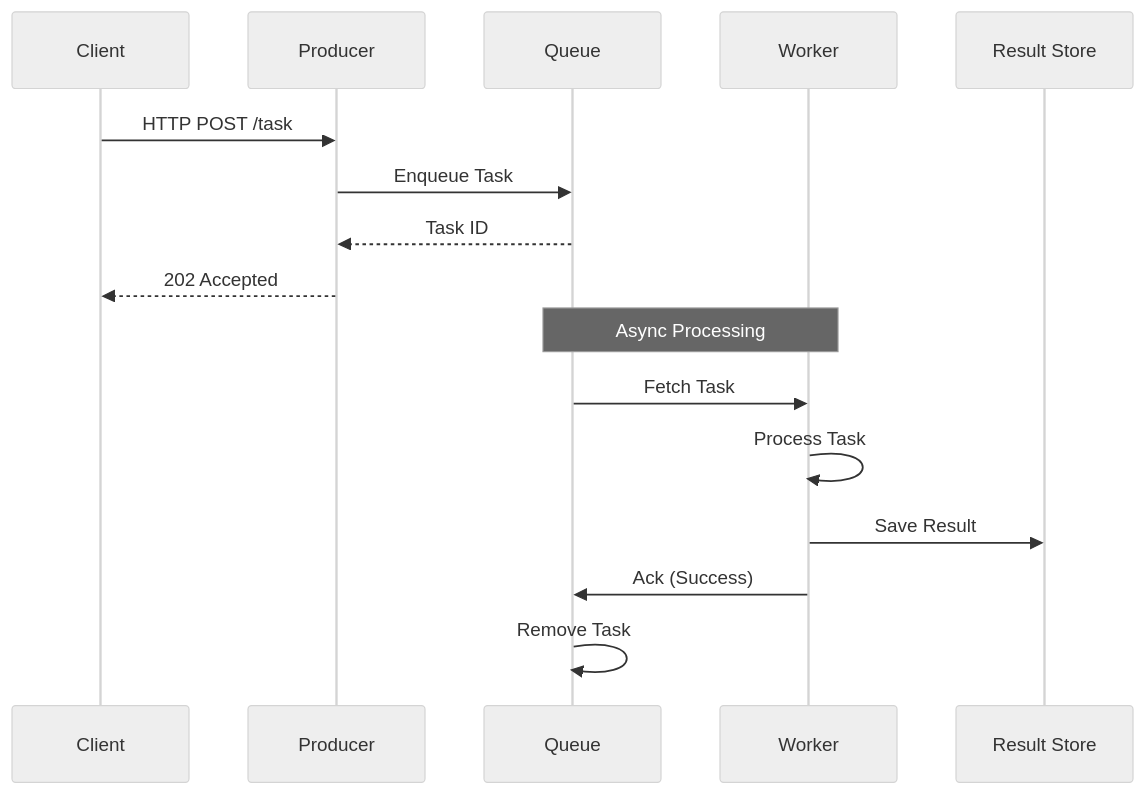
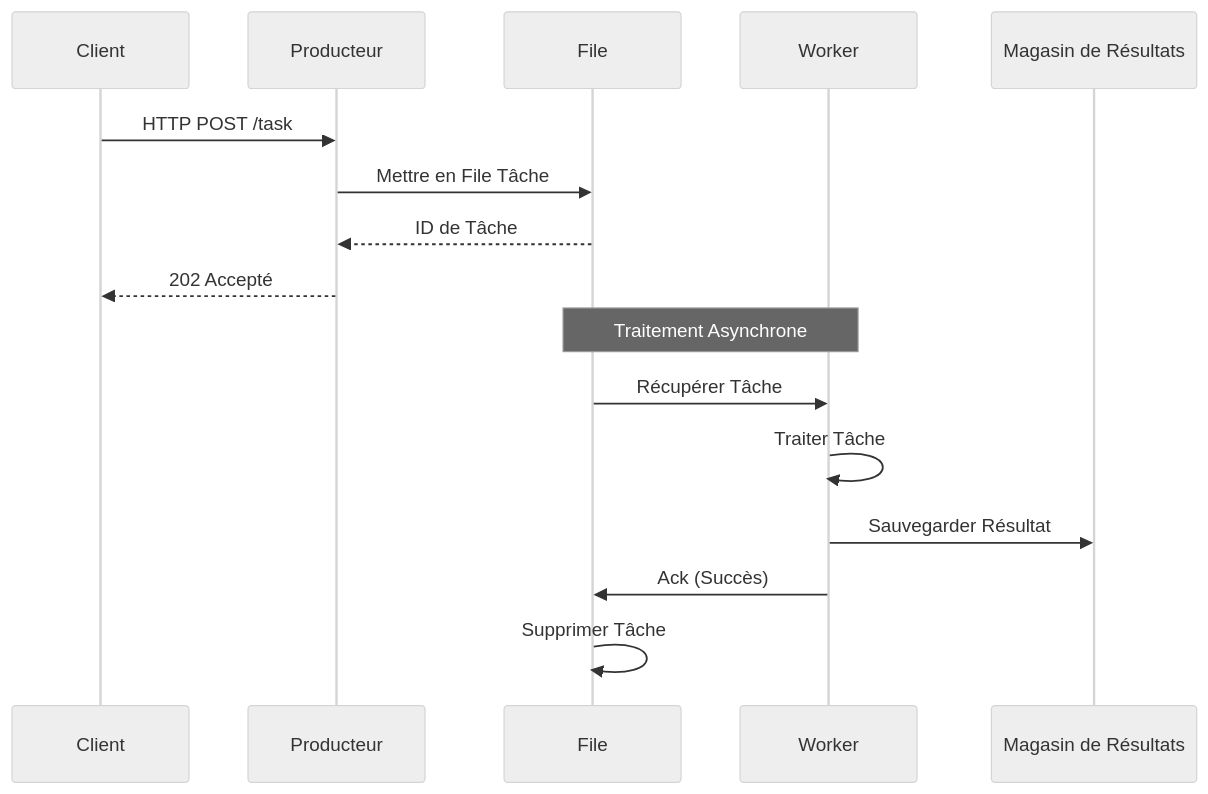
The second of 3 diagrams in src/fundamentals/03-queue-system.md (dardourimohamed/distributed-systems-course), drawn with Mermaid (neutral theme) before and after one commit. The commit also changed other lines of this file and 38 other files, not shown here.

````diff
--- a/src/fundamentals/03-queue-system.md
+++ b/src/fundamentals/03-queue-system.md
@@ -61,22 +61,22 @@
 ```mermaid
 sequenceDiagram
     participant C as Client
-    participant P as Producer
-    participant Q as Queue
+    participant P as Producteur
+    participant Q as File
     participant W as Worker
-    participant DB as Result Store
+    participant DB as Magasin de Résultats
 
     C->>P: HTTP POST /task
-    P->>Q: Enqueue Task
-    Q-->>P: Task ID
-    P-->>C: 202 Accepted
+    P->>Q: Mettre en File Tâche
+    Q-->>P: ID de Tâche
+    P-->>C: 202 Accepté
 
-    Note over Q,W: Async Processing
+    Note over Q,W: Traitement Asynchrone
 
-    Q->>W: Fetch Task
-    W->>W: Process Task
-    W->>DB: Save Result
+    Q->>W: Récupérer Tâche
+    W->>W: Traiter Tâche
+    W->>DB: Sauvegarder Résultat
 
-    W->>Q: Ack (Success)
-    Q->>Q: Remove Task
+    W->>Q: Ack (Succès)
+    Q->>Q: Supprimer Tâche
 ```
````
